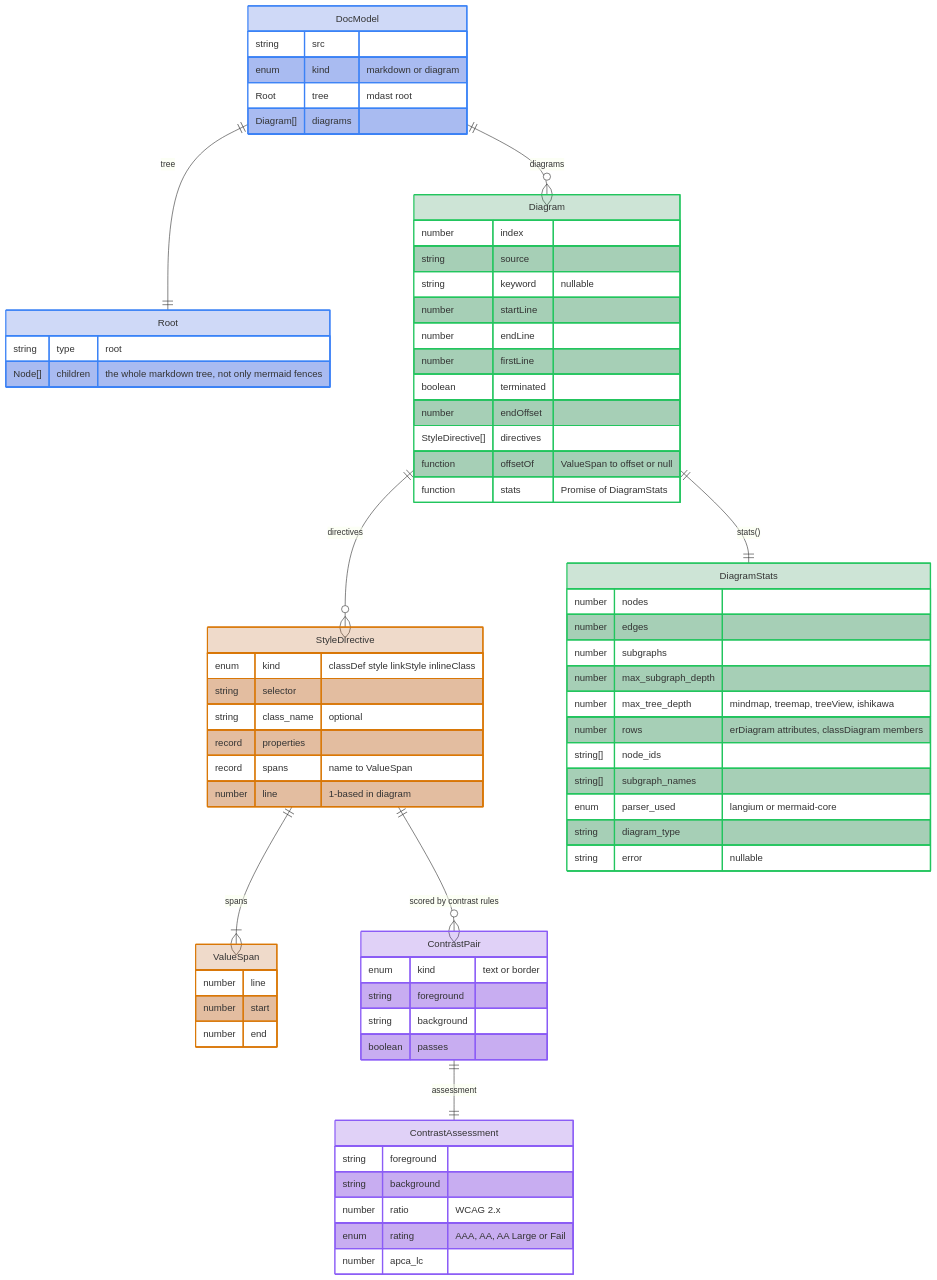
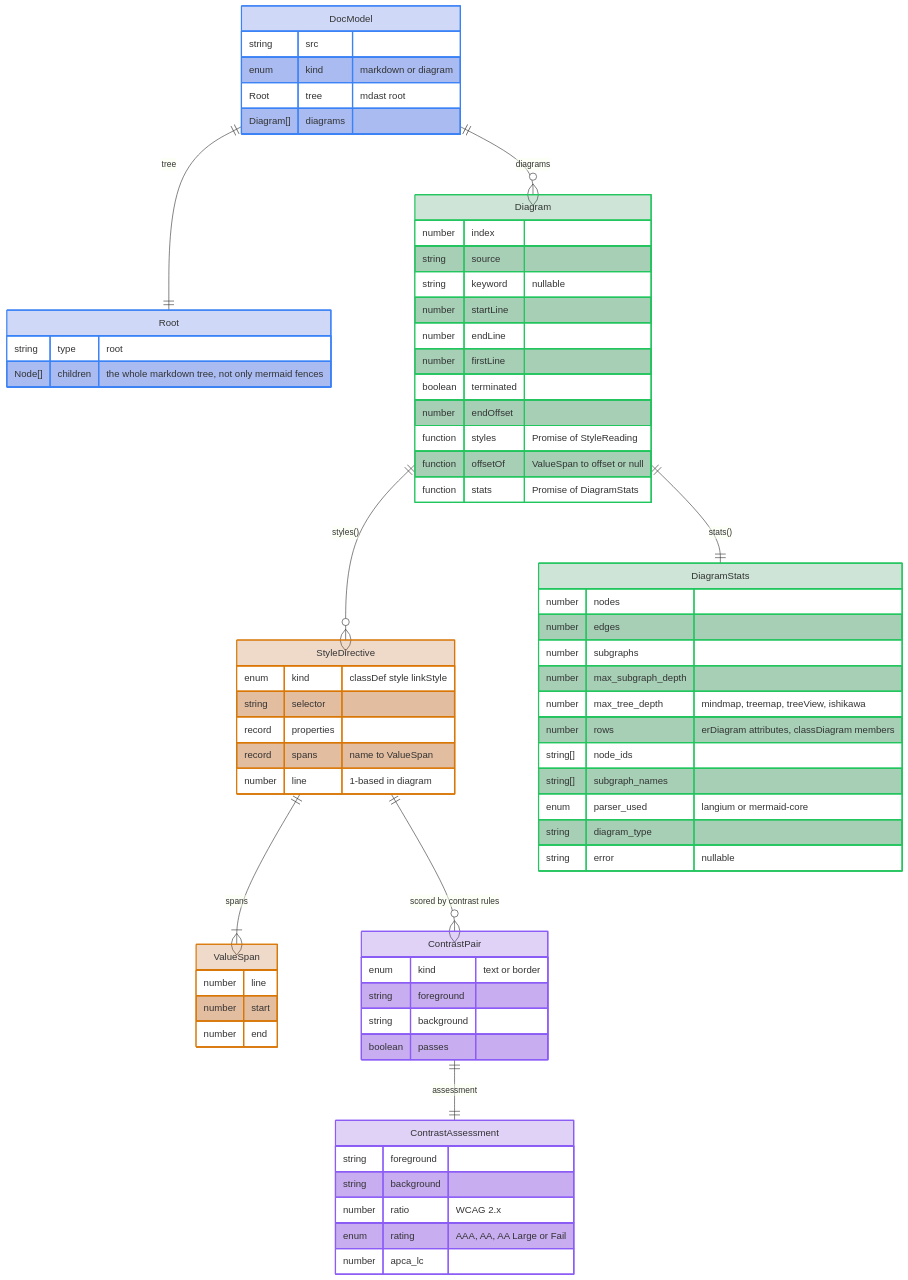
The diagram in docs-site/diagrams/document-model-detail.md (jpeakai/jpai-mermaidjs-lint), drawn with Mermaid before and after one commit. The commit also changed 18 other files, not shown here.

First line of the commit message:
Read style directives and contrast positions from mermaid's parser

````diff
--- a/docs-site/diagrams/document-model-detail.md
+++ b/docs-site/diagrams/document-model-detail.md
@@ -1,82 +1,81 @@
 ```mermaid
 erDiagram
     DocModel ||--|| Root : "tree"
     DocModel ||--o{ Diagram : "diagrams"
-    Diagram ||--o{ StyleDirective : "directives"
+    Diagram ||--o{ StyleDirective : "styles()"
     StyleDirective ||--|{ ValueSpan : "spans"
     Diagram ||--|| DiagramStats : "stats()"
     StyleDirective ||--o{ ContrastPair : "scored by contrast rules"
     ContrastPair ||--|| ContrastAssessment : "assessment"
 
     DocModel {
         string src
         enum kind "markdown or diagram"
         Root tree "mdast root"
         Diagram[] diagrams
     }
     Root {
         string type "root"
         Node[] children "the whole markdown tree, not only mermaid fences"
     }
     Diagram {
         number index
         string source
         string keyword "nullable"
         number startLine
         number endLine
         number firstLine
         boolean terminated
         number endOffset
-        StyleDirective[] directives
+        function styles "Promise of StyleReading"
         function offsetOf "ValueSpan to offset or null"
         function stats "Promise of DiagramStats"
     }
     StyleDirective {
-        enum kind "classDef style linkStyle inlineClass"
+        enum kind "classDef style linkStyle"
         string selector
-        string class_name "optional"
         record properties
         record spans "name to ValueSpan"
         number line "1-based in diagram"
     }
     ValueSpan {
         number line
         number start
         number end
     }
     DiagramStats {
         number nodes
         number edges
         number subgraphs
         number max_subgraph_depth
         number max_tree_depth "mindmap, treemap, treeView, ishikawa"
         number rows "erDiagram attributes, classDiagram members"
         string[] node_ids
         string[] subgraph_names
         enum parser_used "langium or mermaid-core"
         string diagram_type
         string error "nullable"
     }
     ContrastPair {
         enum kind "text or border"
         string foreground
         string background
         boolean passes
     }
     ContrastAssessment {
         string foreground
         string background
         number ratio "WCAG 2.x"
         enum rating "AAA, AA, AA Large or Fail"
         number apca_lc
     }
 
     classDef docTint fill:#1d4ed836,stroke:#3b82f6,stroke-width:2px
     classDef diagramTint fill:#15803d36,stroke:#22c55e,stroke-width:2px
     classDef styleTint fill:#b4530936,stroke:#d97706,stroke-width:2px
     classDef scoreTint fill:#6d28d936,stroke:#8b5cf6,stroke-width:2px
     class DocModel,Root docTint
     class Diagram,DiagramStats diagramTint
     class StyleDirective,ValueSpan styleTint
     class ContrastPair,ContrastAssessment scoreTint
 ```
````
